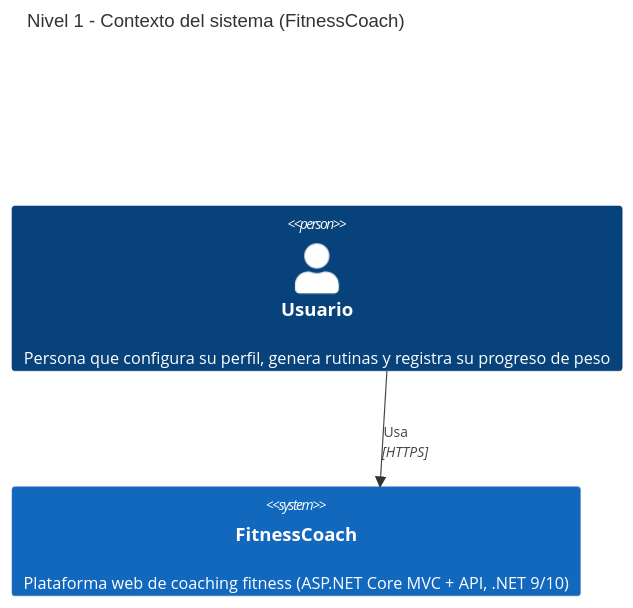
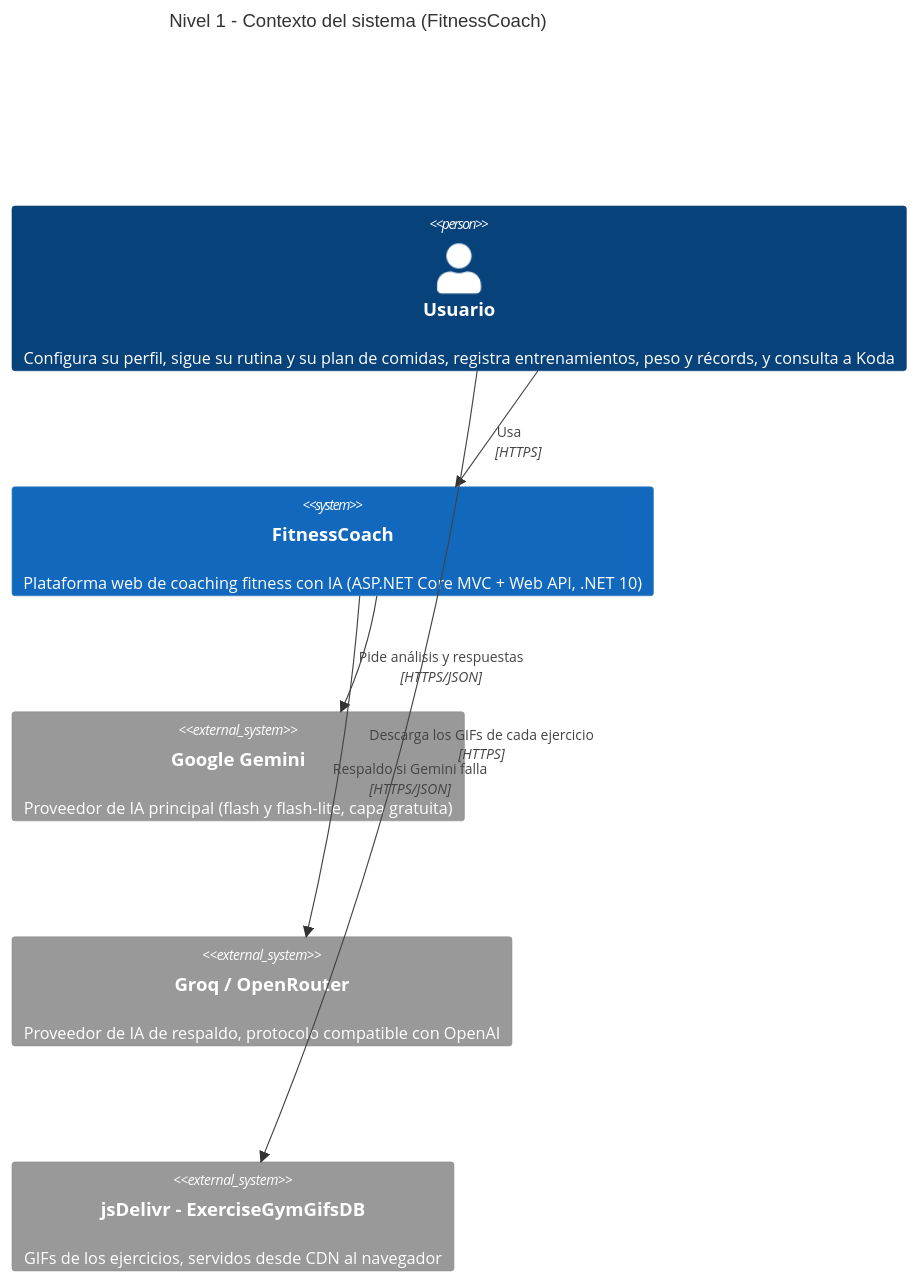
One commit to mateomartin21/FitnessCoach changed the first of 4 diagrams in docs/diagrama-arquitectura.md. Above: the diagram before and after it, drawn with Mermaid. The commit also changed other lines of this file and 8 other files, not shown here.

Commit message:
docs: cierra la Fase 10 con el ADR-20, actualiza contexto, diagramas y README

````diff
--- a/docs/diagrama-arquitectura.md
+++ b/docs/diagrama-arquitectura.md
@@ -7,10 +8,19 @@
 ```mermaid
 C4Context
     title Nivel 1 - Contexto del sistema (FitnessCoach)
 
-    Person(usuario, "Usuario", "Persona que configura su perfil, genera rutinas y registra su progreso de peso")
+    Person(usuario, "Usuario", "Configura su perfil, sigue su rutina y su plan de comidas, registra entrenamientos, peso y récords, y consulta a Koda")
 
-    System(fitnessCoach, "FitnessCoach", "Plataforma web de coaching fitness (ASP.NET Core MVC + API, .NET 9/10)")
+    System(fitnessCoach, "FitnessCoach", "Plataforma web de coaching fitness con IA (ASP.NET Core MVC + Web API, .NET 10)")
+
+    System_Ext(gemini, "Google Gemini", "Proveedor de IA principal (flash y flash-lite, capa gratuita)")
+    System_Ext(groq, "Groq / OpenRouter", "Proveedor de IA de respaldo, protocolo compatible con OpenAI")
+    System_Ext(gifs, "jsDelivr - ExerciseGymGifsDB", "GIFs de los ejercicios, servidos desde CDN al navegador")
 
     Rel(usuario, fitnessCoach, "Usa", "HTTPS")
+    Rel(fitnessCoach, gemini, "Pide análisis y respuestas", "HTTPS/JSON")
+    Rel(fitnessCoach, groq, "Respaldo si Gemini falla", "HTTPS/JSON")
+    Rel(usuario, gifs, "Descarga los GIFs de cada ejercicio", "HTTPS")
+
+    UpdateRelStyle(usuario, gifs, $offsetY="-30")
 ```
````
